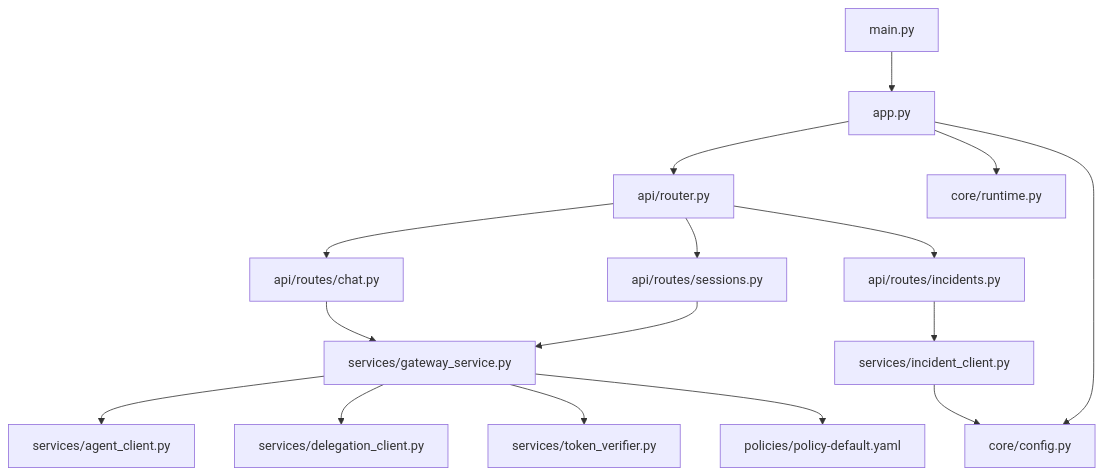
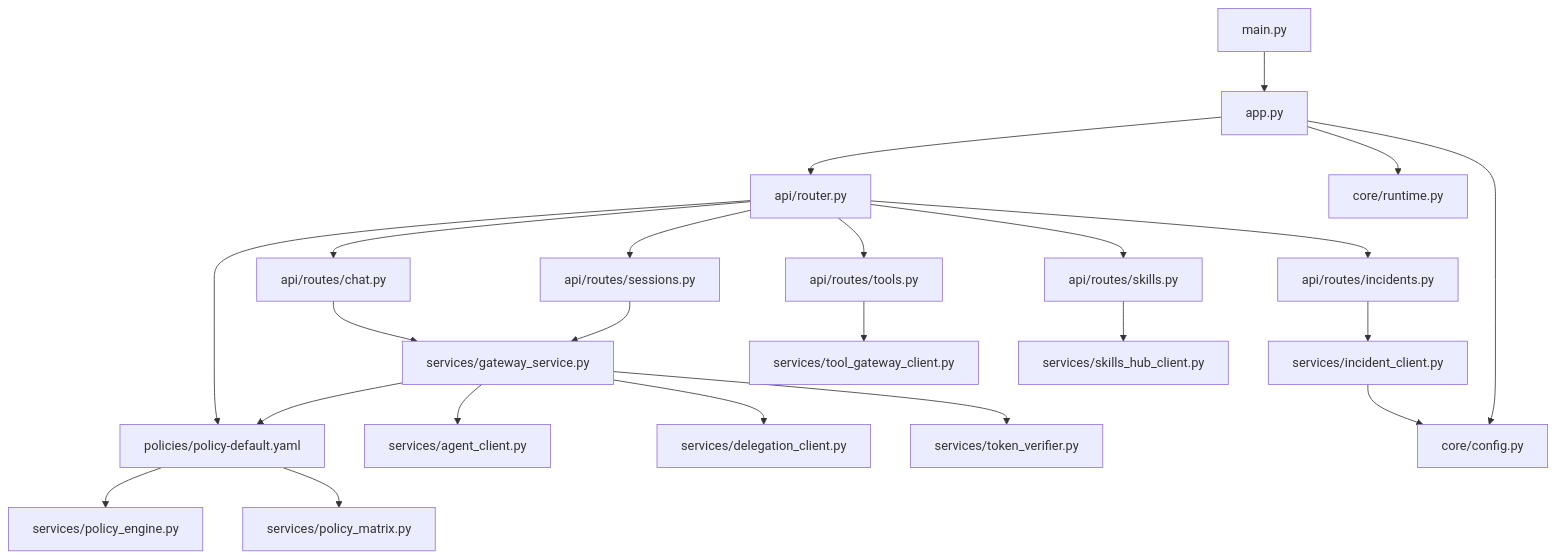
One commit to metasync/luban-aiops changed diagram 14 of 14 in .qoder/repowiki/en/content/Architecture Documentation/Platform Gateway Service.md. Above: the diagram before and after it, drawn with Mermaid. The commit also changed other lines of this file and 26 other files, not shown here.

````diff
--- a/.qoder/repowiki/en/content/Architecture Documentation/Platform Gateway Service.md
+++ b/.qoder/repowiki/en/content/Architecture Documentation/Platform Gateway Service.md
@@ -521,18 +709,25 @@
 ```mermaid
 graph TB
 Main["main.py"] --> App["app.py"]
 App --> Router["api/router.py"]
 Router --> Chat["api/routes/chat.py"]
 Router --> Sessions["api/routes/sessions.py"]
 Router --> Incidents["api/routes/incidents.py"]
+Router --> Policy["api/routes/policy.py"]
+Router --> Tools["api/routes/tools.py"]
+Router --> Skills["api/routes/skills.py"]
 Chat --> GwSvc["services/gateway_service.py"]
 Sessions --> GwSvc
 Incidents --> IncClient["services/incident_client.py"]
+Policy --> PolEngine["services/policy_engine.py"]
+Policy --> PolMatrix["services/policy_matrix.py"]
+Tools --> TgClient["services/tool_gateway_client.py"]
+Skills --> ShClient["services/skills_hub_client.py"]
 GwSvc --> Agent["services/agent_client.py"]
 GwSvc --> Deleg["services/delegation_client.py"]
 GwSvc --> Verify["services/token_verifier.py"]
 GwSvc --> Policy["policies/policy-default.yaml"]
 IncClient --> Config["core/config.py"]
 App --> Config
 App --> Runtime["core/runtime.py"]
 ```
````
